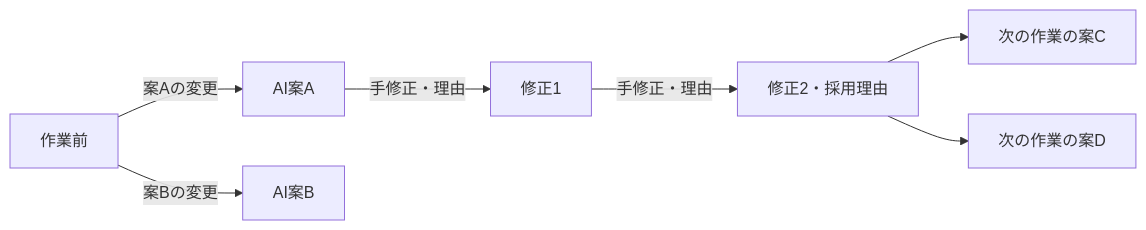
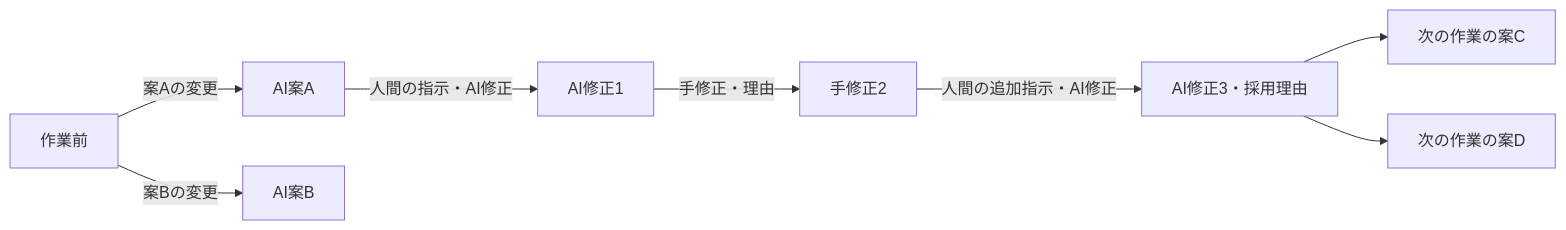
One commit to Kurarowa305/scene-craft changed the second of 2 diagrams in docs/design/domain-data-model.md. Above: the diagram before and after it, drawn with Mermaid. The commit also changed other lines of this file and 2 other files, not shown here.

````diff
--- a/docs/design/domain-data-model.md
+++ b/docs/design/domain-data-model.md
@@ -35,9 +44,10 @@
 ```mermaid
 flowchart LR
   S[作業前] -->|案Aの変更| A[AI案A]
   S -->|案Bの変更| B[AI案B]
-  A -->|手修正・理由| A1[修正1]
-  A1 -->|手修正・理由| A2[修正2・採用理由]
-  A2 --> C[次の作業の案C]
-  A2 --> D[次の作業の案D]
+  A -->|人間の指示・AI修正| A1[AI修正1]
+  A1 -->|手修正・理由| A2[手修正2]
+  A2 -->|人間の追加指示・AI修正| A3[AI修正3・採用理由]
+  A3 --> C[次の作業の案C]
+  A3 --> D[次の作業の案D]
 ```
````
